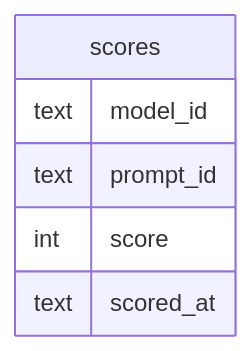
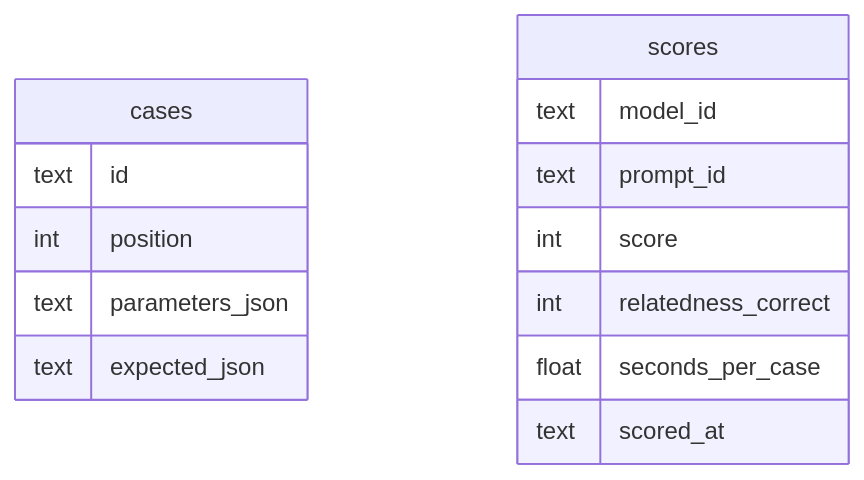
Before and after one commit to itayavtalyon/press-mentions: the seventh of 8 diagrams in docs/ARCHITECTURE.md, drawn with Mermaid. The commit also changed other lines of this file and 21 other files, not shown here.

First line of the commit message:
docs: lock the architecture and the agent coding standard

````diff
--- a/docs/ARCHITECTURE.md
+++ b/docs/ARCHITECTURE.md
@@ -215,9 +215,17 @@
 ```mermaid
 erDiagram
+  cases {
+    text id
+    int position
+    text parameters_json
+    text expected_json
+  }
   scores {
     text model_id
     text prompt_id
     int score
+    int relatedness_correct
+    float seconds_per_case
     text scored_at
   }
 ```
````
